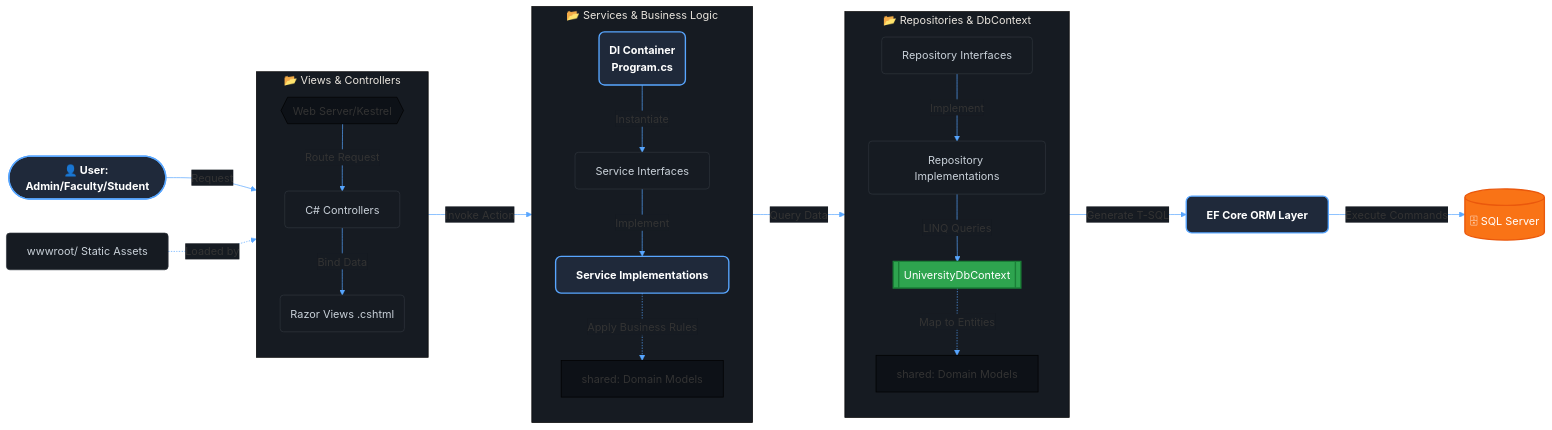
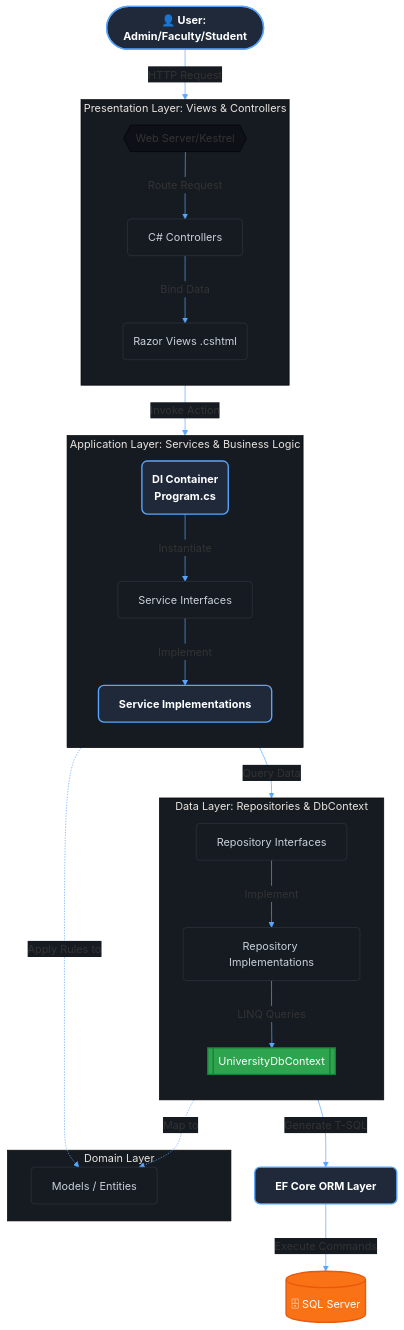
Before and after one commit to Mani-741/ABC_University_Management: the first of 2 diagrams in README.md, drawn with Mermaid.

````diff
--- a/README.md
+++ b/README.md
@@ -16,42 +16,45 @@
 ```mermaid
 %%{init: {'theme': 'base', 'themeVariables': { 'primaryColor': '#0d1117', 'edgeLabelBackground':'#161b22', 'tertiaryColor': '#161b22', 'lineColor': '#58a6ff'}}}%%
 
-flowchart LR
-    %% Motion effect for nodes: Pulse
+flowchart TD
+    %% Motion effect class definition: Pulse (applied to SL, EF, and DI_Cont for visual impact)
     classDef pulsing fill:#1f293a,stroke:#58a6ff,stroke-width:2px,rx:8,ry:8,color:white,font-weight:bold;
     classDef internalNode fill:#161b22,stroke:#30363d,stroke-width:1px,rx:5,ry:5,color:#c9d1d9;
     classDef persistence fill:#2ea44f,stroke:#1a7f37,stroke-width:2px,rx:10,ry:10,color:white;
     classDef databaseNode fill:#f97316,stroke:#ea580c,stroke-width:2px,rx:12,ry:12,color:white;
 
-    User([👤 User: Admin/Faculty/Student]):::pulsing -->|Request| Nginx{{Web Server/Kestrel}}
+    %% Workflow start
+    User([👤 User: Admin/Faculty/Student]):::pulsing -->|HTTP Request| Nginx{{Web Server/Kestrel}}
     
-    subgraph Presentation_Layer [📂 Views & Controllers]
+    subgraph Presentation_Layer [Presentation Layer: Views & Controllers]
         direction TB
         Nginx -->|Route Request| Ctrl[C# Controllers]:::internalNode
         Ctrl -->|Bind Data| Razor(Razor Views .cshtml):::internalNode
     end
     
     Ctrl -->|Invoke Action| DI_Cont(DI Container <br> Program.cs):::pulsing
     
-    subgraph App_Layer [📂 Services & Business Logic]
+    subgraph App_Layer [Application Layer: Services & Business Logic]
         direction TB
         DI_Cont -->|Instantiate| SI[Service Interfaces]:::internalNode
         SI -->|Implement| SL[Service Implementations]:::pulsing
-        SL -.->|Apply Business Rules| MD_S[shared: Domain Models]
     end
     
+    %% Models are shared across all logic layers
+    subgraph Shared_Domain [Domain Layer]
+        MD[Models / Entities]:::internalNode
+    end
+    
+    SL -.->|Apply Rules to| MD
     SL -->|Query Data| RI[Repository Interfaces]:::internalNode
     
-    subgraph Data_Access_Layer [📂 Repositories & DbContext]
+    subgraph Data_Access_Layer [Data Layer: Repositories & DbContext]
         direction TB
         RI -->|Implement| RL[Repository Implementations]:::internalNode
         RL -->|LINQ Queries| DBC[[UniversityDbContext]]:::persistence
-        DBC -.->|Map to Entities| MD_D[shared: Domain Models]
     end
     
+    DBC -.->|Map to| MD
     DBC -->|Generate T-SQL| EF[EF Core ORM Layer]:::pulsing
     EF -->|Execute Commands| SQLServer[(🗄 SQL Server)]:::databaseNode
-
-    %% Global Assets
-    WWW[wwwroot/ Static Assets]:::internalNode -.->|Loaded by| Razor
 ```
````
